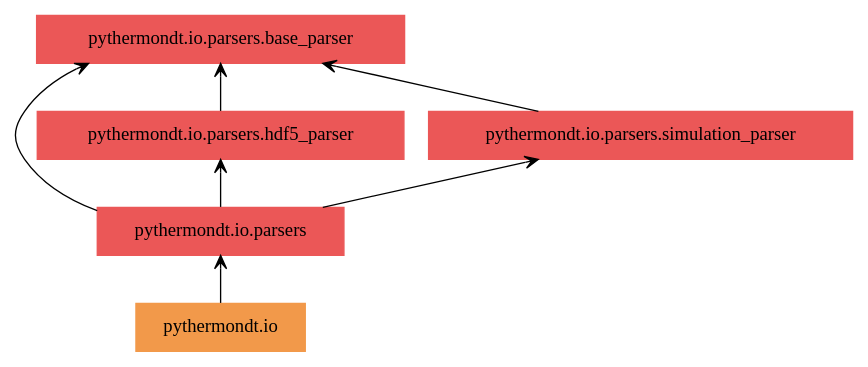
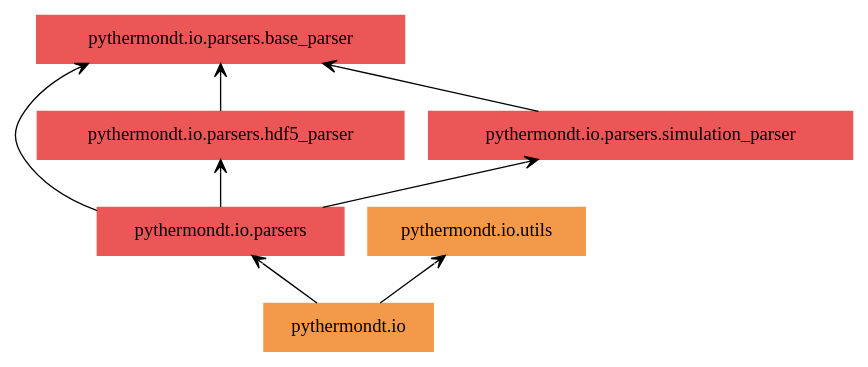
Before and after one commit to voidsy-gmbh/pyThermoNDT: the diagram in docs/pyreverse/graphviz/packages_pythermondt.io.gv, drawn with Graphviz. The commit also changed 31 other files, not shown here.

```diff
--- a/docs/pyreverse/graphviz/packages_pythermondt.io.gv
+++ b/docs/pyreverse/graphviz/packages_pythermondt.io.gv
@@ -1,15 +1,17 @@
 digraph "packages_pythermondt.io" {
 rankdir=BT
 charset="utf-8"
 "pythermondt.io" [color="#F2994A", label=<pythermondt.io>, shape="box", style="filled"];
 "pythermondt.io.parsers" [color="#EB5757", label=<pythermondt.io.parsers>, shape="box", style="filled"];
 "pythermondt.io.parsers.base_parser" [color="#EB5757", label=<pythermondt.io.parsers.base_parser>, shape="box", style="filled"];
 "pythermondt.io.parsers.hdf5_parser" [color="#EB5757", label=<pythermondt.io.parsers.hdf5_parser>, shape="box", style="filled"];
 "pythermondt.io.parsers.simulation_parser" [color="#EB5757", label=<pythermondt.io.parsers.simulation_parser>, shape="box", style="filled"];
+"pythermondt.io.utils" [color="#F2994A", label=<pythermondt.io.utils>, shape="box", style="filled"];
 "pythermondt.io" -> "pythermondt.io.parsers" [arrowhead="open", arrowtail="none"];
+"pythermondt.io" -> "pythermondt.io.utils" [arrowhead="open", arrowtail="none"];
 "pythermondt.io.parsers" -> "pythermondt.io.parsers.base_parser" [arrowhead="open", arrowtail="none"];
 "pythermondt.io.parsers" -> "pythermondt.io.parsers.hdf5_parser" [arrowhead="open", arrowtail="none"];
 "pythermondt.io.parsers" -> "pythermondt.io.parsers.simulation_parser" [arrowhead="open", arrowtail="none"];
 "pythermondt.io.parsers.hdf5_parser" -> "pythermondt.io.parsers.base_parser" [arrowhead="open", arrowtail="none"];
 "pythermondt.io.parsers.simulation_parser" -> "pythermondt.io.parsers.base_parser" [arrowhead="open", arrowtail="none"];
 }
```
